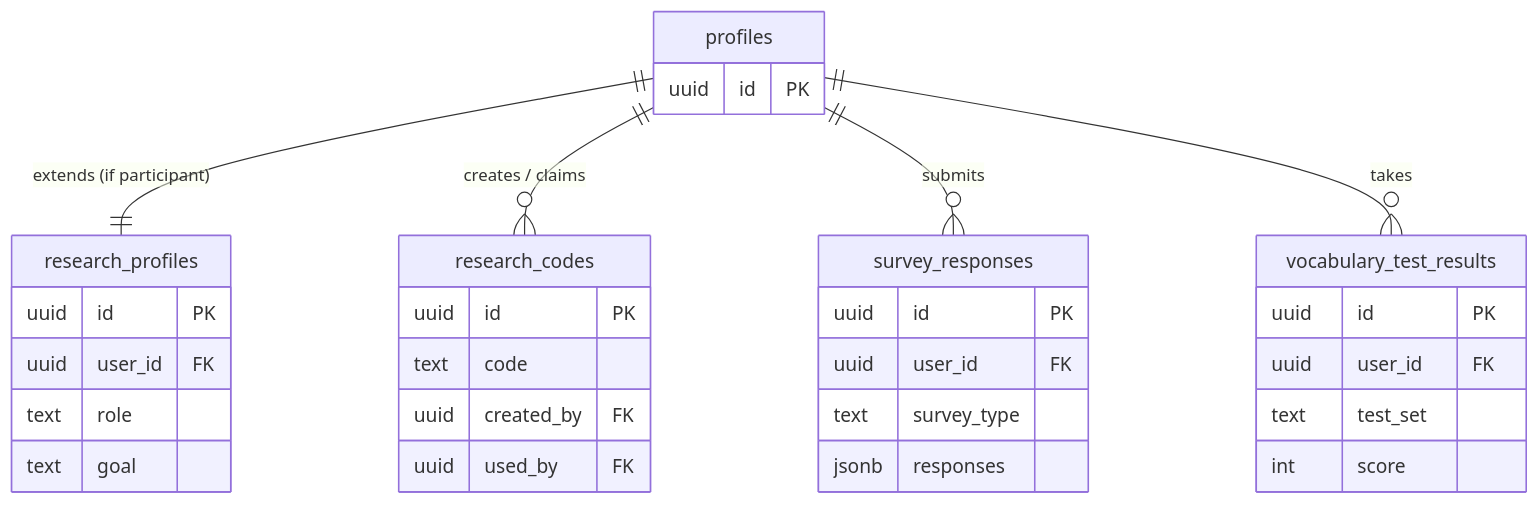
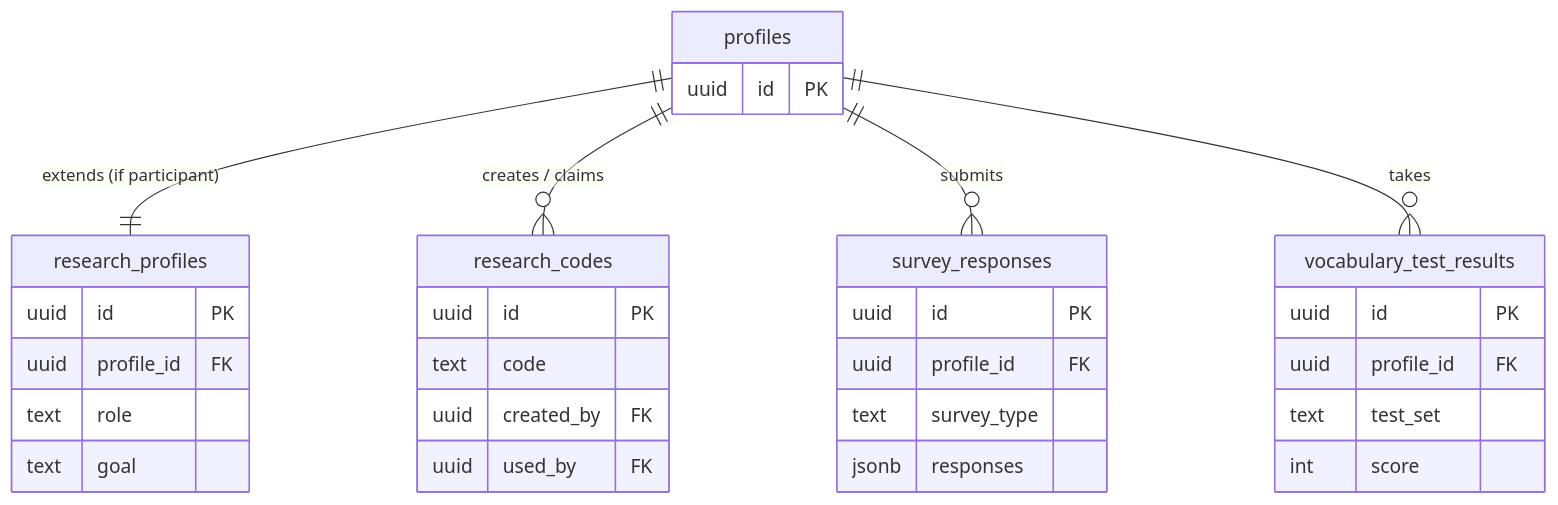
Before and after one commit to GuyWithBag/boo_mondai: the sixth of 6 diagrams in supabase/context/schema_diagram.md, drawn with Mermaid. The commit also changed other lines of this file and 25 other files, not shown here.

Commit message:
chore(supabase): consolidate schema migrations

````diff
--- a/supabase/context/schema_diagram.md
+++ b/supabase/context/schema_diagram.md
@@ -362,40 +362,40 @@
 ```mermaid
 erDiagram
     profiles {
         uuid id PK
     }
 
     research_profiles {
         uuid id PK
-        uuid user_id FK
+        uuid profile_id FK
         text role
         text goal
     }
 
     research_codes {
         uuid id PK
         text code
         uuid created_by FK
         uuid used_by FK
     }
 
     survey_responses {
         uuid id PK
-        uuid user_id FK
+        uuid profile_id FK
         text survey_type
         jsonb responses
     }
 
     vocabulary_test_results {
         uuid id PK
-        uuid user_id FK
+        uuid profile_id FK
         text test_set
         int score
     }
 
     profiles ||--|| research_profiles : "extends (if participant)"
     profiles ||--o{ research_codes : "creates / claims"
     profiles ||--o{ survey_responses : "submits"
     profiles ||--o{ vocabulary_test_results : "takes"
 
 ```
````
